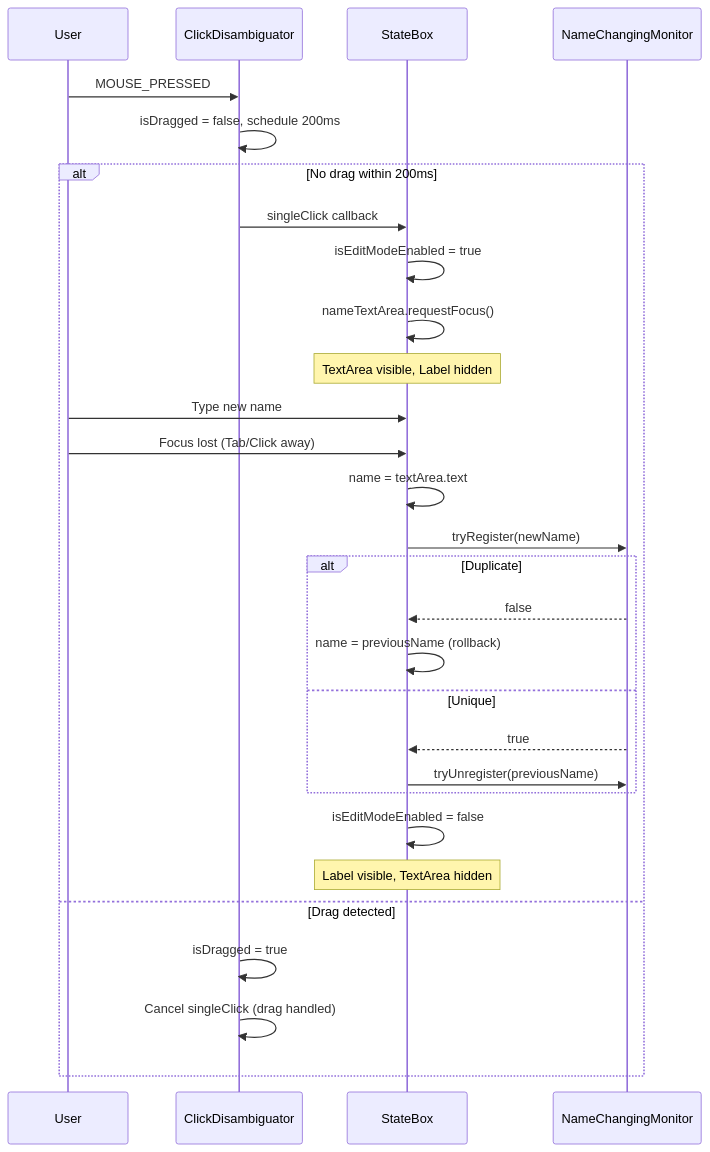
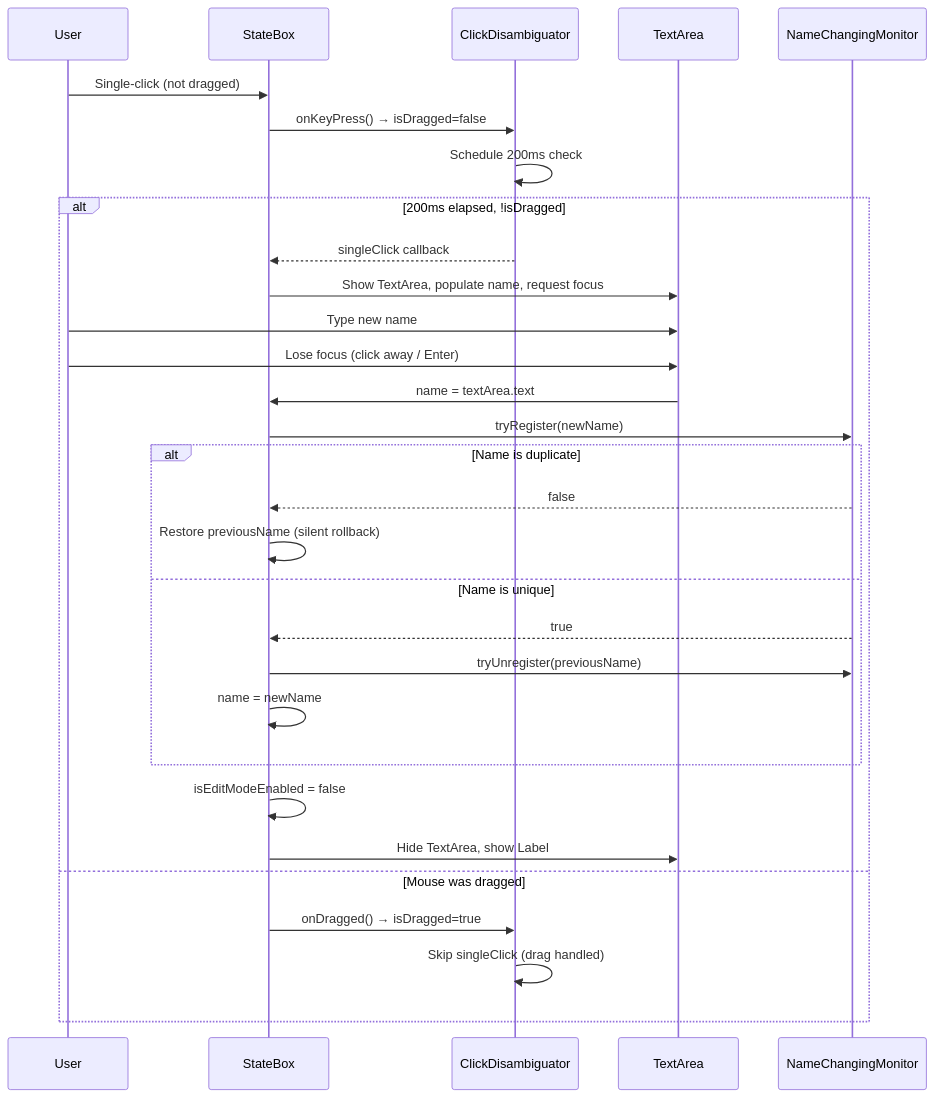
Before and after one commit to SmallBossGames/isma: the diagram in docs/isma-ui/blueprint-editor/03-ux-spec.md, drawn with Mermaid. The commit also changed other lines of this file and 26 other files, not shown here.

````diff
--- a/docs/isma-ui/blueprint-editor/03-ux-spec.md
+++ b/docs/isma-ui/blueprint-editor/03-ux-spec.md
@@ -45,32 +35,33 @@
 ```mermaid
 sequenceDiagram
     participant U as User
+    participant SB as StateBox
     participant CD as ClickDisambiguator
-    participant SB as StateBox
+    participant TA as TextArea
     participant NM as NameChangingMonitor
 
-    U->>CD: MOUSE_PRESSED
-    CD->>CD: isDragged = false, schedule 200ms
-    alt No drag within 200ms
-        CD->>SB: singleClick callback
-        SB->>SB: isEditModeEnabled = true
-        SB->>SB: nameTextArea.requestFocus()
-        Note over SB: TextArea visible, Label hidden
-        U->>SB: Type new name
-        U->>SB: Focus lost (Tab/Click away)
-        SB->>SB: name = textArea.text
+    U->>SB: Single-click (not dragged)
+    SB->>CD: onKeyPress() → isDragged=false
+    CD->>CD: Schedule 200ms check
+    alt 200ms elapsed, !isDragged
+        CD-->>SB: singleClick callback
+        SB->>TA: Show TextArea, populate name, request focus
+        U->>TA: Type new name
+        U->>TA: Lose focus (click away / Enter)
+        TA->>SB: name = textArea.text
         SB->>NM: tryRegister(newName)
-        alt Duplicate
+        alt Name is duplicate
             NM-->>SB: false
-            SB->>SB: name = previousName (rollback)
-        else Unique
+            SB->>SB: Restore previousName (silent rollback)
+        else Name is unique
             NM-->>SB: true
             SB->>NM: tryUnregister(previousName)
+            SB->>SB: name = newName
         end
         SB->>SB: isEditModeEnabled = false
-        Note over SB: Label visible, TextArea hidden
-    else Drag detected
-        CD->>CD: isDragged = true
-        CD->>CD: Cancel singleClick (drag handled)
+        SB->>TA: Hide TextArea, show Label
+    else Mouse was dragged
+        SB->>CD: onDragged() → isDragged=true
+        CD->>CD: Skip singleClick (drag handled)
     end
 ```
````
